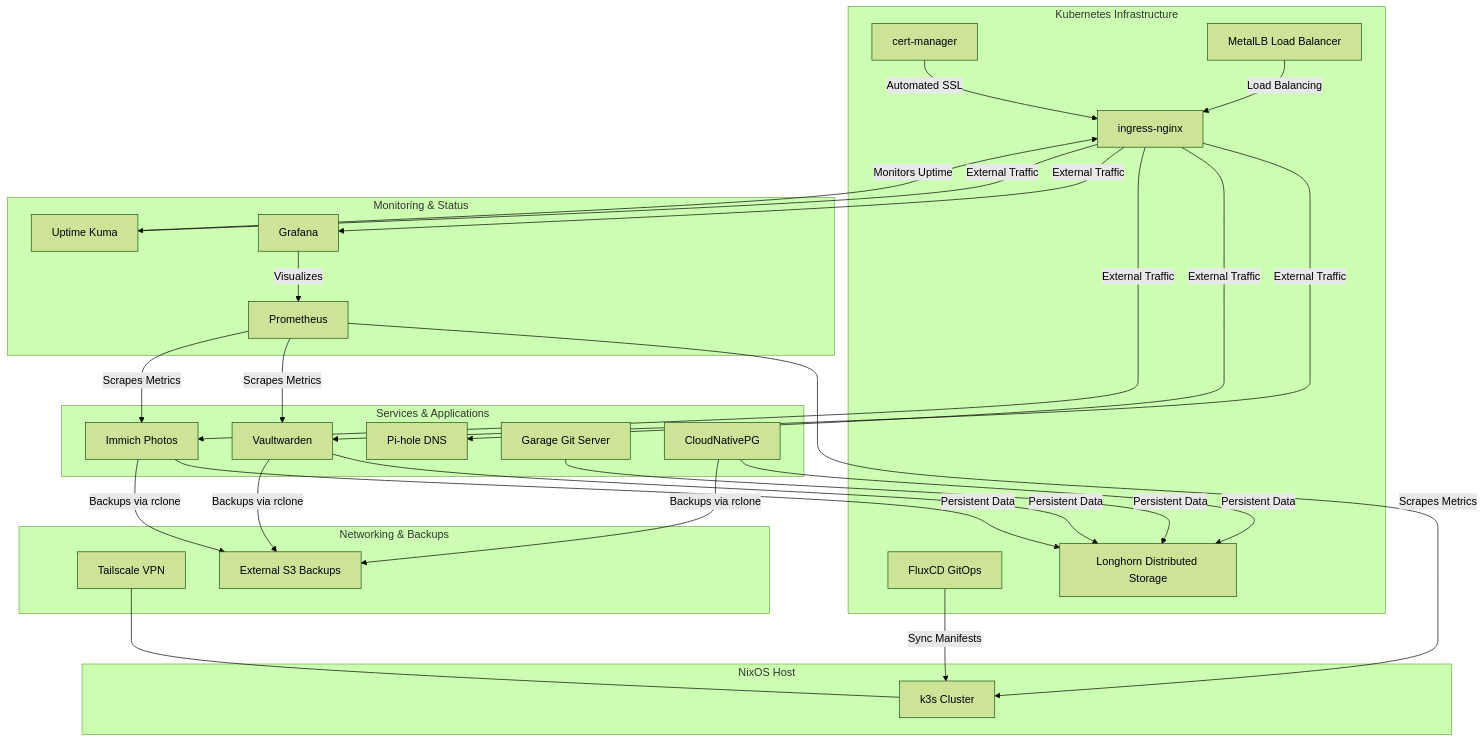
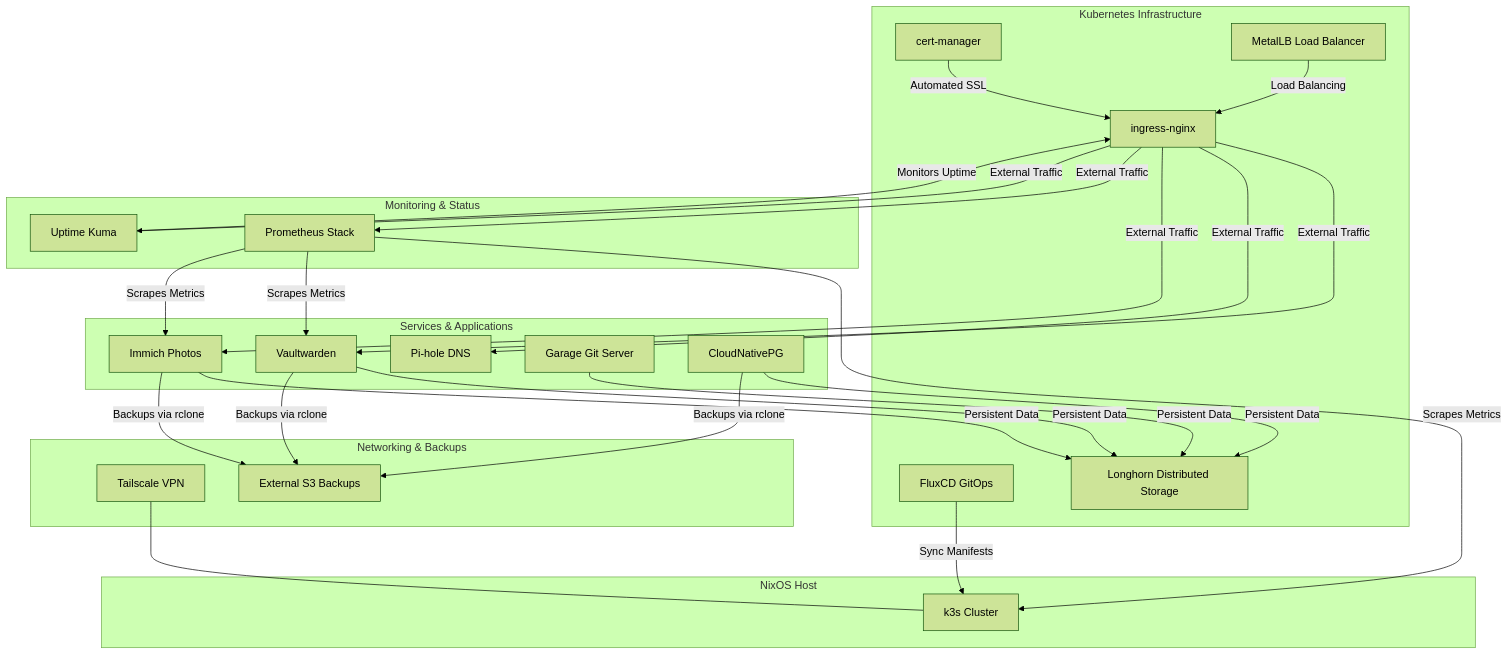
Before and after one commit to depaysement-jikan/nixos-depaysement: the diagram in modules/homelab/README.md, drawn with Mermaid (forest theme). The commit also changed 4 other files, not shown here.

````diff
--- a/modules/homelab/README.md
+++ b/modules/homelab/README.md
@@ -11,45 +11,43 @@
 ```mermaid
 graph TD
     subgraph "NixOS Host"
         K3S[k3s Cluster]
     end
 
     subgraph "Kubernetes Infrastructure"
         Flux[FluxCD GitOps]
         CertMan[cert-manager]
         MetalLB[MetalLB Load Balancer]
         Ingress[ingress-nginx]
         Longhorn[Longhorn Distributed Storage]
     end
 
     subgraph "Services & Applications"
         Vault[Vaultwarden]
         PiHole[Pi-hole DNS]
         Immich[Immich Photos]
         Garage[Garage Git Server]
         DB[CloudNativePG]
     end
 
     subgraph "Monitoring & Status"
-        Prom[Prometheus]
-        Grafana[Grafana]
+        PromStack[Prometheus Stack]
         Kuma[Uptime Kuma]
     end
 
     subgraph "Networking & Backups"
         Tailscale[Tailscale VPN]
         S3[External S3 Backups]
     end
 
     %% Relationships
     Flux -->|Sync Manifests| K3S
-    Ingress -->|External Traffic| Vault & PiHole & Immich & Grafana & Kuma
+    Ingress -->|External Traffic| Vault & PiHole & Immich & PromStack & Kuma
     CertMan -->|Automated SSL| Ingress
     MetalLB -->|Load Balancing| Ingress
     Vault & Immich & DB & Garage -->|Persistent Data| Longhorn
-    Prom -->|Scrapes Metrics| K3S & Vault & Immich
-    Grafana -->|Visualizes| Prom
+    PromStack -->|Scrapes Metrics| K3S & Vault & Immich
     Kuma -->|Monitors Uptime| Ingress
     Tailscale --- K3S
     Vault & DB & Immich -->|Backups via rclone| S3
 ```
````
